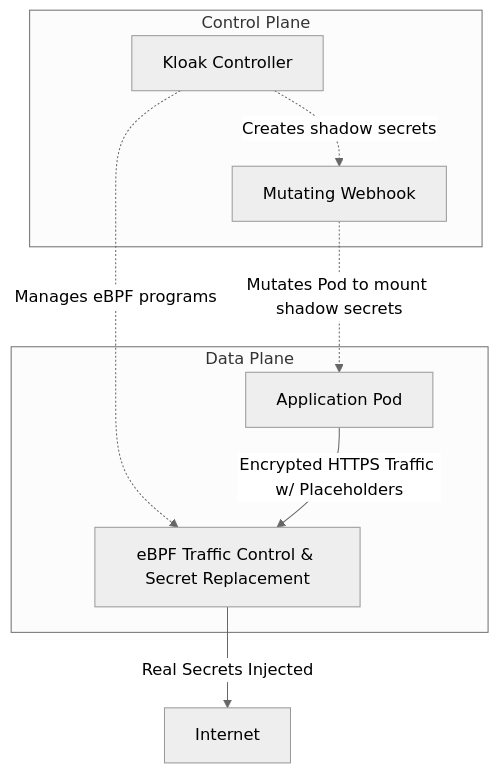
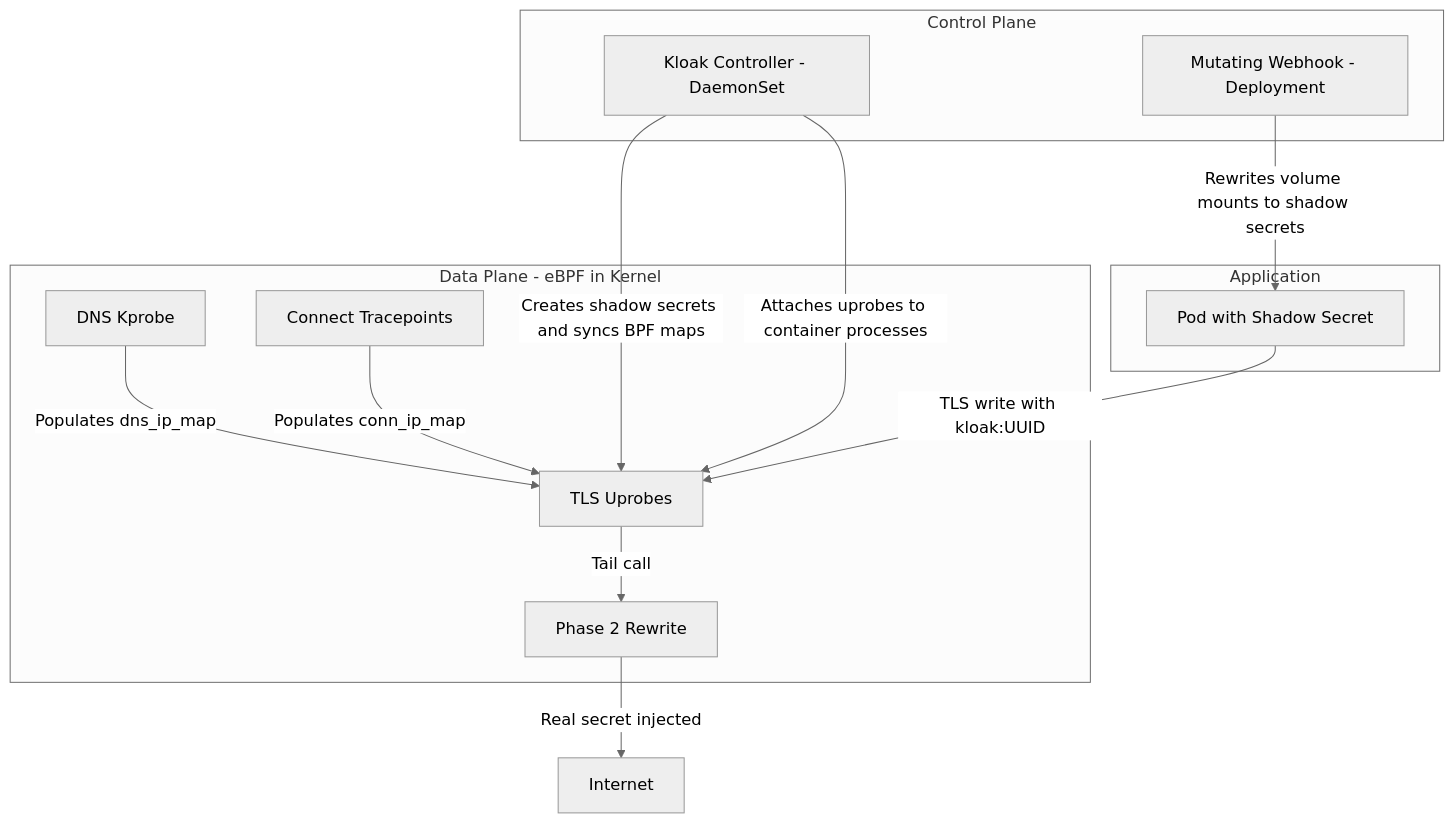
The first of 2 diagrams in README.md (spinningfactory/kloak), drawn with Mermaid (neutral theme) before and after one commit. The commit also changed other lines of this file, not shown here.

First line of the commit message:
docs: update README with DNS-verified trust chain and sequence diagram (#53)

````diff
--- a/README.md
+++ b/README.md
@@ -39,18 +39,27 @@
 ```mermaid
 graph TD
-    subgraph Control Plane
-        C[Kloak Controller]
-        W[Mutating Webhook]
+    subgraph Control_Plane [Control Plane]
+        C[Kloak Controller - DaemonSet]
+        W[Mutating Webhook - Deployment]
     end
-    
-    subgraph Data Plane
-        P[Application Pod]
-        E[eBPF Traffic Control & Secret Replacement]
+
+    subgraph Data_Plane [Data Plane - eBPF in Kernel]
+        UP[TLS Uprobes]
+        KP[DNS Kprobe]
+        TP[Connect Tracepoints]
+        P2[Phase 2 Rewrite]
     end
-    
-    C -.->|Creates shadow secrets| W
-    W -.->|Mutates Pod to mount shadow secrets| P
-    C -.->|Manages eBPF programs| E
-    P -->|Encrypted HTTPS Traffic w/ Placeholders| E
-    E -->|Real Secrets Injected| Internet
+
+    subgraph App [Application]
+        P[Pod with Shadow Secret]
+    end
+
+    C -->|Creates shadow secrets and syncs BPF maps| UP
+    C -->|Attaches uprobes to container processes| UP
+    W -->|Rewrites volume mounts to shadow secrets| P
+    P -->|TLS write with kloak:UUID| UP
+    UP -->|Tail call| P2
+    P2 -->|Real secret injected| Internet
+    KP -->|Populates dns_ip_map| UP
+    TP -->|Populates conn_ip_map| UP
 ```
````
